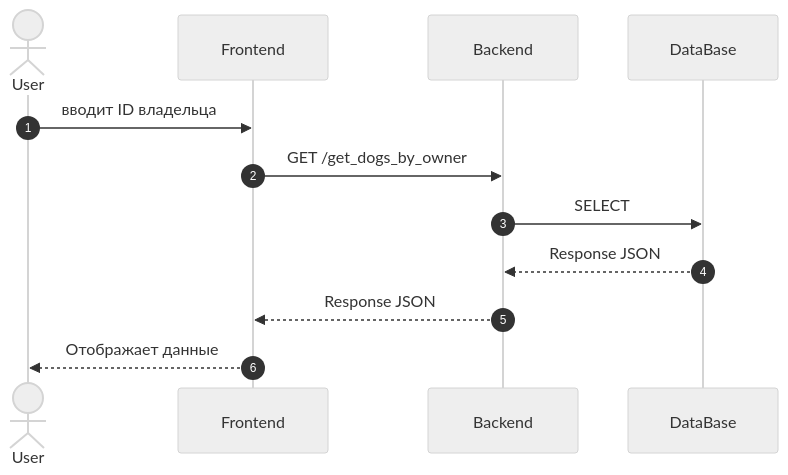
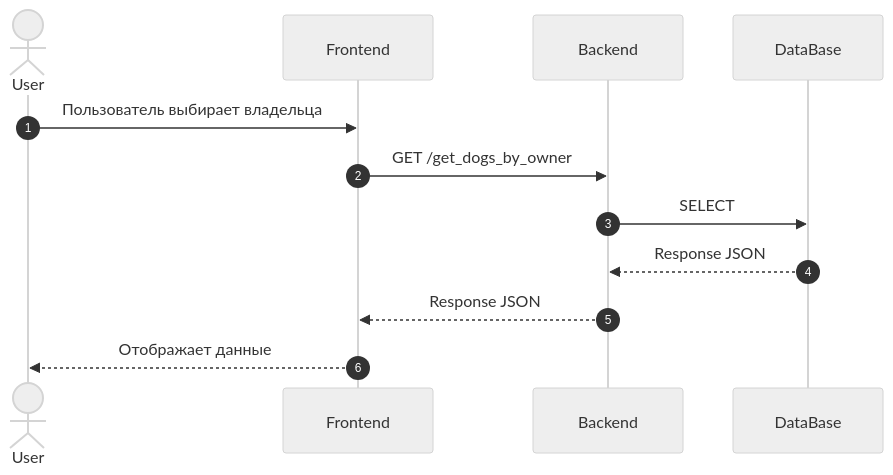
Before and after one commit to glee921/VetClinic: the diagram in OpenApiVet.md, drawn with Mermaid (neutral theme). The commit also changed other lines of this file, not shown here.

```diff
--- a/OpenApiVet.md
+++ b/OpenApiVet.md
@@ -18,16 +18,16 @@
 {{< mermaid >}} 
 sequenceDiagram 
     
     autonumber
     actor User
     participant Frontend
     participant Backend
     participant DataBase
-    User ->> Frontend: вводит ID владельца
+    User ->> Frontend: Пользователь выбирает владельца
     Frontend ->> Backend: GET /get_dogs_by_owner
     Backend ->> DataBase: SELECT
     DataBase -->> Backend: Response JSON
     Backend -->> Frontend: Response JSON
     Frontend -->> User: Отображает данные
     
 {{< /mermaid >}} 
```
